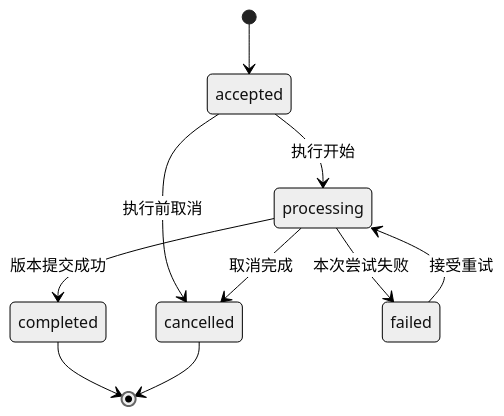
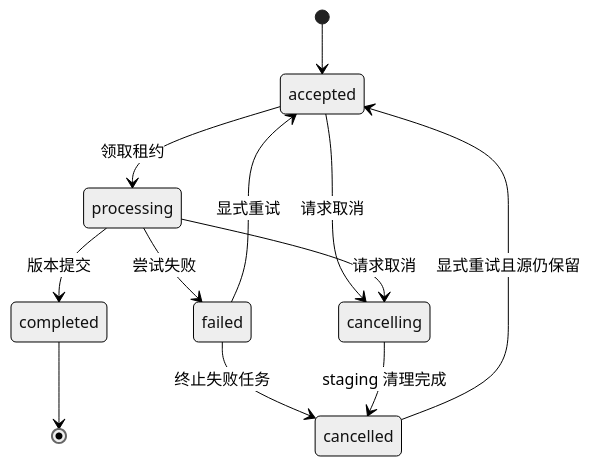
One commit to HoYiShui/deep-research-for-academic changed the sixth of 6 diagrams in docs/mono/dataflow.md. Above: the diagram before and after it, drawn with Mermaid (neutral theme). The commit also changed other lines of this file and 9 other files, not shown here.

````diff
--- a/docs/mono/dataflow.md
+++ b/docs/mono/dataflow.md
@@ -104,12 +241,14 @@
 ```mermaid
 stateDiagram-v2
     [*] --> accepted
-    accepted --> processing: 执行开始
-    accepted --> cancelled: 执行前取消
-    processing --> completed: 版本提交成功
-    processing --> failed: 本次尝试失败
-    processing --> cancelled: 取消完成
-    failed --> processing: 接受重试
+    accepted --> processing: 领取租约
+    processing --> completed: 版本提交
+    processing --> failed: 尝试失败
+    failed --> accepted: 显式重试
+    cancelled --> accepted: 显式重试且源仍保留
+    accepted --> cancelling: 请求取消
+    processing --> cancelling: 请求取消
+    failed --> cancelled: 终止失败任务
+    cancelling --> cancelled: staging 清理完成
     completed --> [*]
-    cancelled --> [*]
 ```
````
